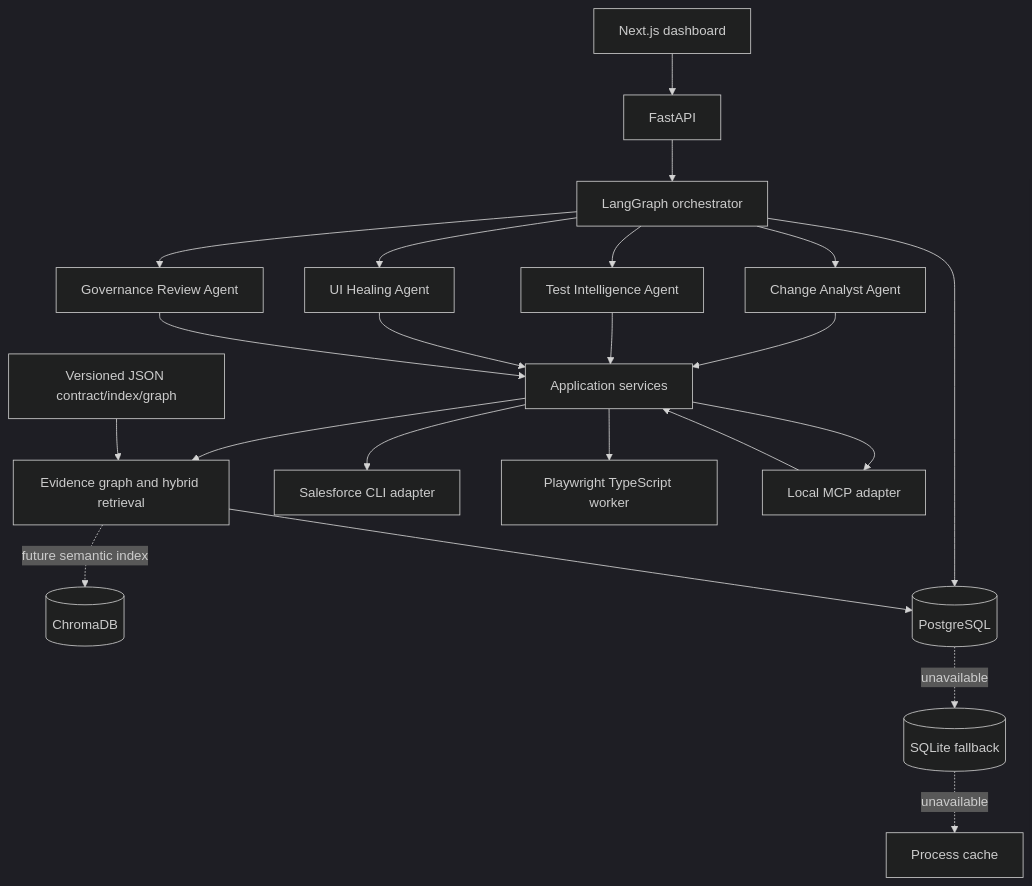
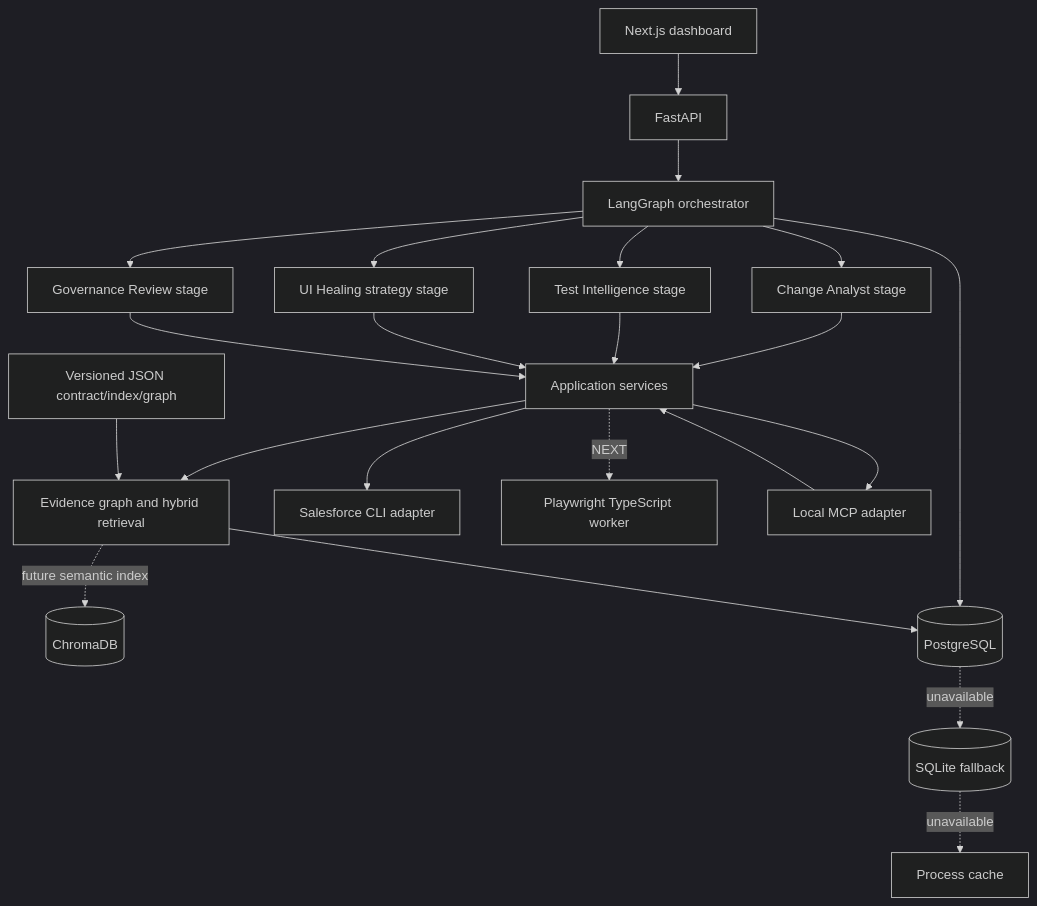
The diagram in Docs/01-architecture.md (neelriseai/Neo-SF-Q--Intel), drawn with Mermaid (dark theme) before and after one commit. The commit also changed other lines of this file and 57 other files, not shown here.

Commit message:
Make governance and stage evidence executable

````diff
--- a/Docs/01-architecture.md
+++ b/Docs/01-architecture.md
@@ -5,24 +8,24 @@
 ```mermaid
 flowchart TB
   WEB[Next.js dashboard] --> API[FastAPI]
   API --> WF[LangGraph orchestrator]
-  WF --> CA[Change Analyst Agent]
-  WF --> TA[Test Intelligence Agent]
-  WF --> UH[UI Healing Agent]
-  WF --> GA[Governance Review Agent]
+  WF --> CA[Change Analyst stage]
+  WF --> TA[Test Intelligence stage]
+  WF --> UH[UI Healing strategy stage]
+  WF --> GA[Governance Review stage]
   CA --> SVC[Application services]
   TA --> SVC
   UH --> SVC
   GA --> SVC
   SVC --> EG[Evidence graph and hybrid retrieval]
   EG -. future semantic index .-> CHROMA[(ChromaDB)]
   SVC --> SF[Salesforce CLI adapter]
-  SVC --> PW[Playwright TypeScript worker]
+  SVC -. NEXT .-> PW[Playwright TypeScript worker]
   SVC --> MCP[Local MCP adapter]
   WF --> PG[(PostgreSQL)]
   EG --> PG
   PG -. unavailable .-> SQLITE[(SQLite fallback)]
   SQLITE -. unavailable .-> CACHE[Process cache]
   JSON[Versioned JSON contract/index/graph] --> EG
   MCP --> SVC
 ```
````
